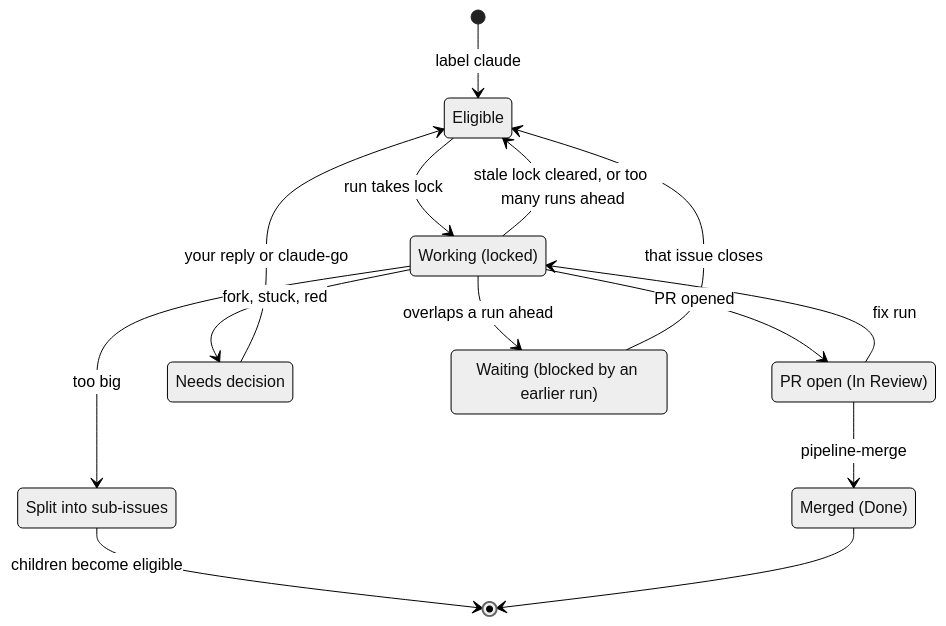
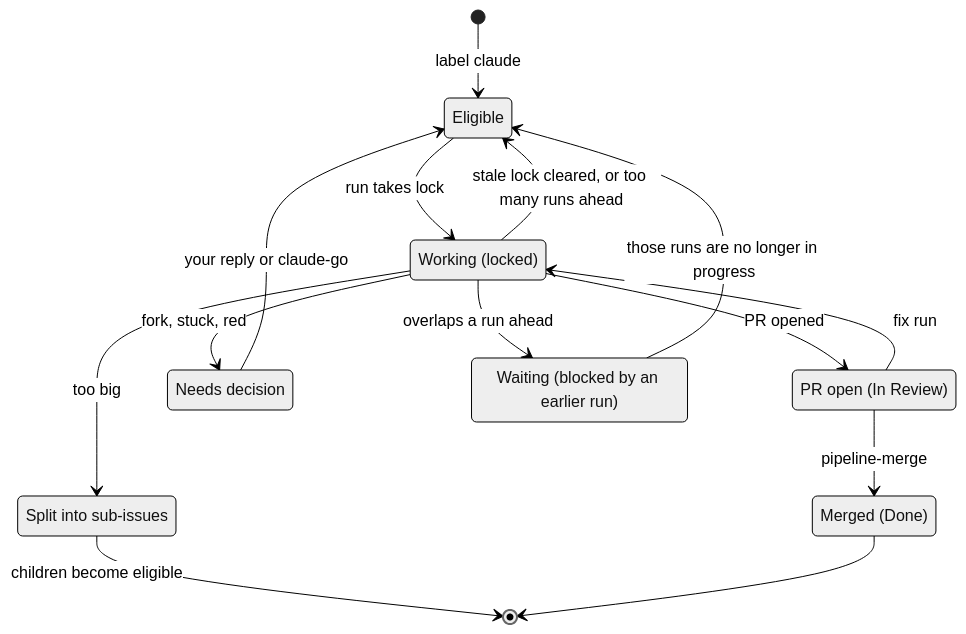
Before and after one commit to AndresRubio/andres-skills: the third of 7 diagrams in docs/superpowers/specs/2026-09-24-claude-pipeline-design.md, drawn with Mermaid (neutral theme). The commit also changed other lines of this file and 1 other file, not shown here.

Commit message:
docs: D16 waits on the earlier run, not its issue; design review fixes

````diff
--- a/docs/superpowers/specs/2026-09-24-claude-pipeline-design.md
+++ b/docs/superpowers/specs/2026-09-24-claude-pipeline-design.md
@@ -329,23 +334,23 @@
 ```mermaid
 stateDiagram-v2
     state "Eligible" as Eligible
     state "Working (locked)" as Working
     state "PR open (In Review)" as PROpen
     state "Needs decision" as NeedsDecision
     state "Split into sub-issues" as Split
     state "Waiting (blocked by an earlier run)" as Waiting
     state "Merged (Done)" as Merged
     [*] --> Eligible: label claude
     Eligible --> Working: run takes lock
     Working --> PROpen: PR opened
     Working --> NeedsDecision: fork, stuck, red
     Working --> Split: too big
     Working --> Waiting: overlaps a run ahead
-    Waiting --> Eligible: that issue closes
+    Waiting --> Eligible: those runs are no longer in progress
     Working --> Eligible: stale lock cleared, or too many runs ahead
     NeedsDecision --> Eligible: your reply or claude-go
     Split --> [*]: children become eligible
     PROpen --> Working: fix run
     PROpen --> Merged: pipeline-merge
     Merged --> [*]
 ```
````
